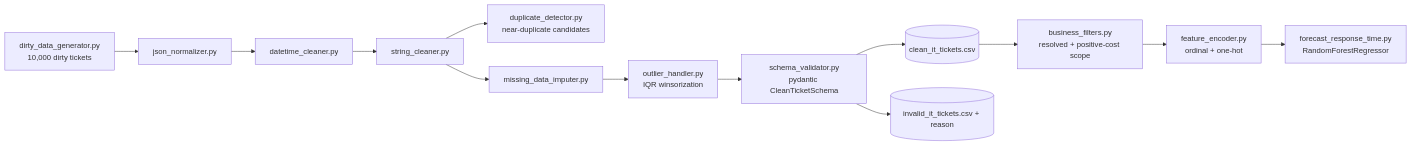
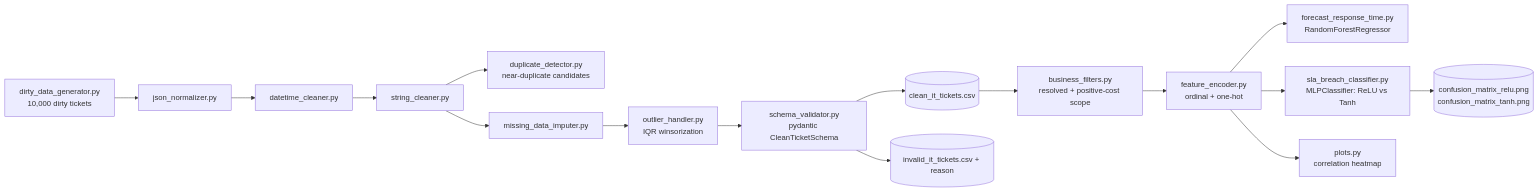
Before and after one commit to Rxyxs/Limpieza_Datos: the diagram in README.md, drawn with Mermaid. The commit also changed other lines of this file and 9 other files, not shown here.

First line of the commit message:
feat: correlation heatmap, SLA-breach classifier with confusion matrices, ReLU vs Tanh comparison

````diff
--- a/README.md
+++ b/README.md
@@ -35,15 +38,18 @@
 ```mermaid
 flowchart LR
     A[dirty_data_generator.py<br/>10,000 dirty tickets] --> B[json_normalizer.py]
     B --> C[datetime_cleaner.py]
     C --> D[string_cleaner.py]
     D --> E[duplicate_detector.py<br/>near-duplicate candidates]
     D --> F[missing_data_imputer.py]
     F --> G[outlier_handler.py<br/>IQR winsorization]
     G --> H["schema_validator.py<br/>pydantic CleanTicketSchema"]
     H --> I[(clean_it_tickets.csv)]
     H --> J[(invalid_it_tickets.csv + reason)]
     I --> K[business_filters.py<br/>resolved + positive-cost scope]
     K --> L[feature_encoder.py<br/>ordinal + one-hot]
     L --> M["forecast_response_time.py<br/>RandomForestRegressor"]
+    L --> N["sla_breach_classifier.py<br/>MLPClassifier: ReLU vs Tanh"]
+    L --> O["plots.py<br/>correlation heatmap"]
+    N --> P[(confusion_matrix_relu.png<br/>confusion_matrix_tanh.png)]
 ```
````
